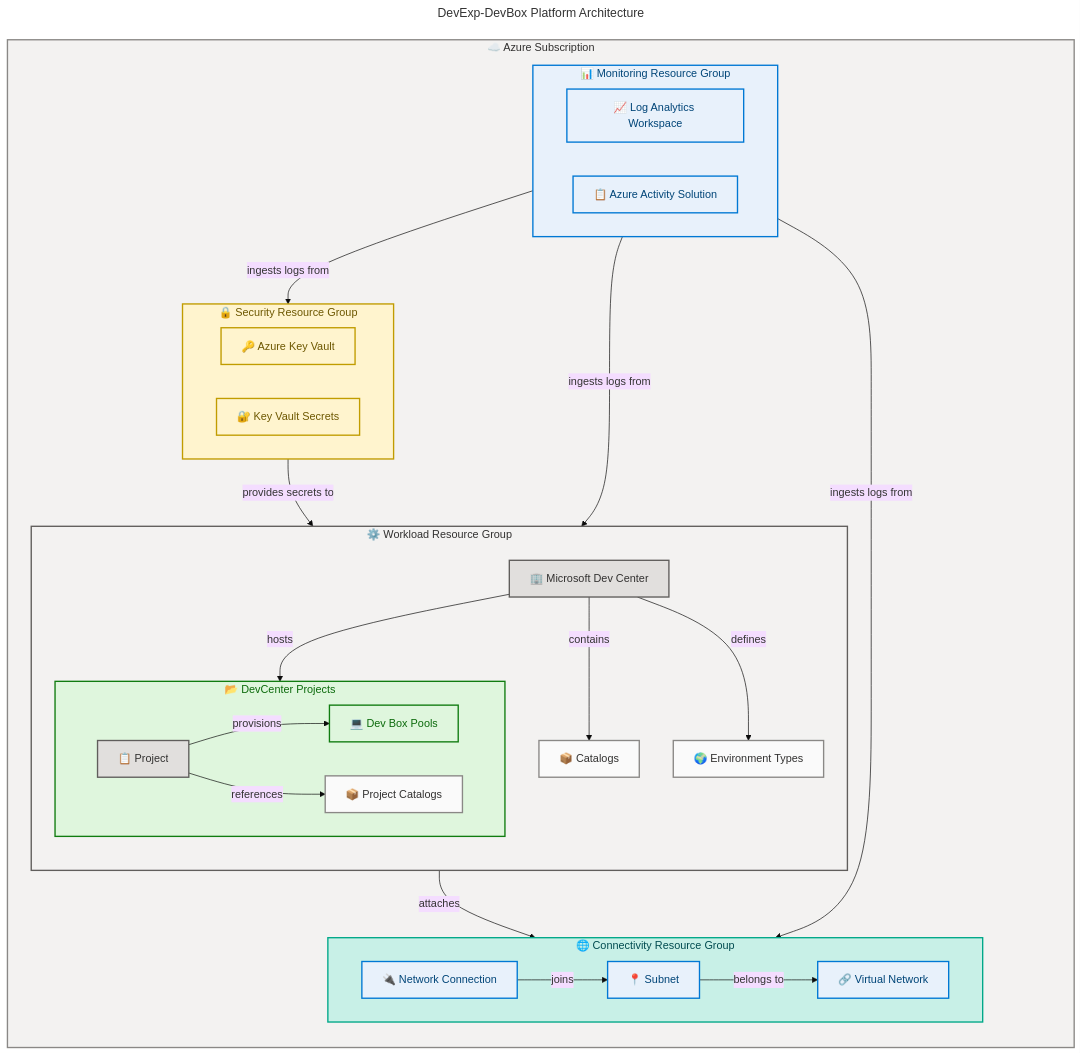
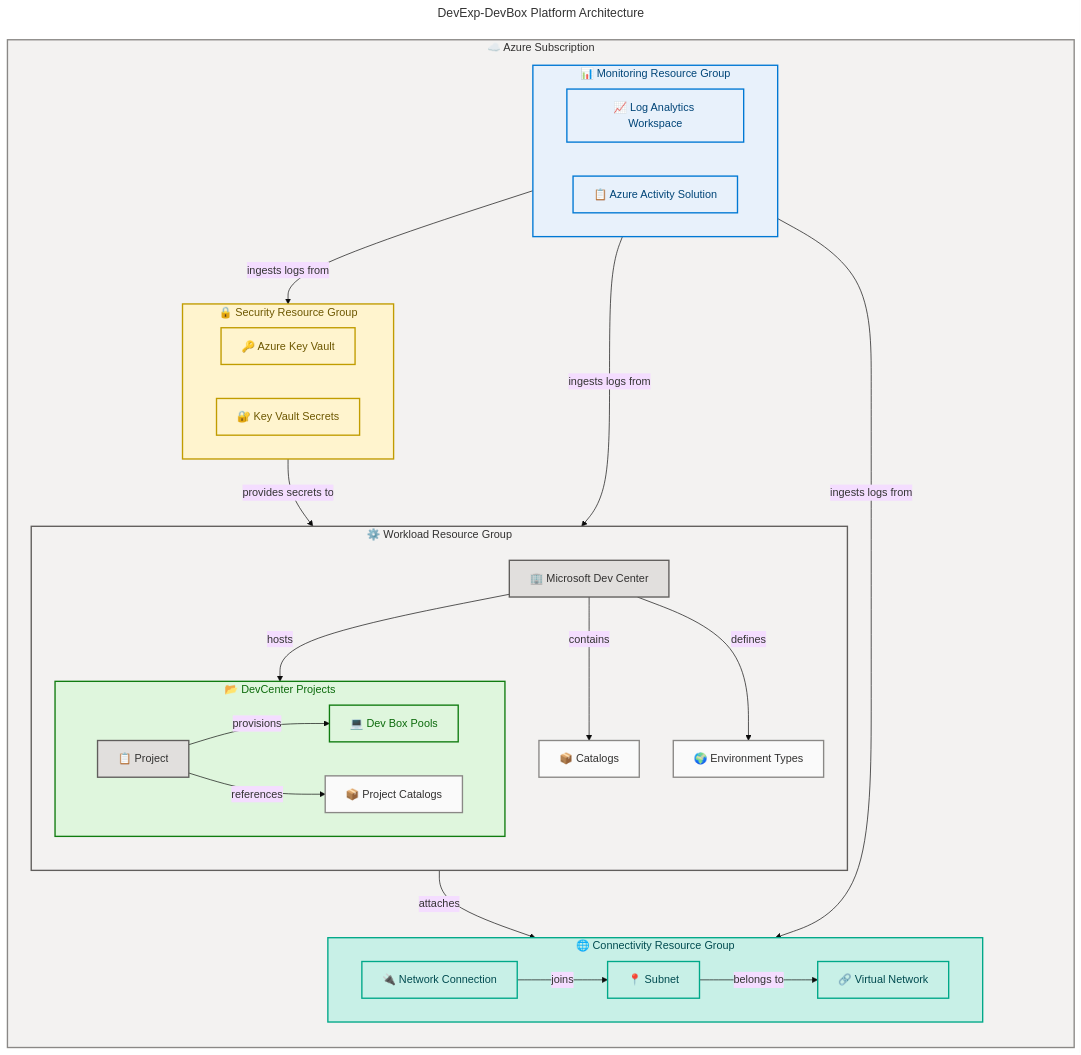
Before and after one commit to Evilazaro/DevExp-DevBox: the first of 2 diagrams in README.md, drawn with Mermaid. The commit also changed other lines of this file, not shown here.

Commit message:
docs: enhance flowchart in README.md with color documentation and improved phase labels

````diff
--- a/README.md
+++ b/README.md
@@ -97,6 +97,14 @@
     %% PHASE 4 - ACCESSIBILITY: accTitle/accDescr present, icons on all nodes
     %% PHASE 5 - STANDARD: Governance block present, classDefs centralized
     %% ═══════════════════════════════════════════════════════════════════════════
+
+    %% COLOR DOCUMENTATION
+    %% core (#E1DFDD) — API/Service layers, DevCenter compute resources
+    %% success (#DFF6DD) — Deployment pools, provisioned resources
+    %% warning (#FFF4CE) — Security-sensitive resources (Key Vault, secrets)
+    %% data (#E8F1FB) — Monitoring and analytics (Log Analytics)
+    %% network (#C8F0E7) — Networking infrastructure (VNet, subnet, connections)
+    %% neutral (#FAFAFA) — Non-semantic supporting elements (catalogs, env types)
 
     subgraph subscription["☁️ Azure Subscription"]
         direction TB
@@ -129,9 +137,9 @@
 
         subgraph connectivity["🌐 Connectivity Resource Group"]
             direction LR
-            vnet["🔗 Virtual Network"]:::data
-            subnet["📍 Subnet"]:::data
-            networkConn["🔌 Network Connection"]:::data
+            vnet["🔗 Virtual Network"]:::network
+            subnet["📍 Subnet"]:::network
+            networkConn["🔌 Network Connection"]:::network
         end
     end
 
@@ -159,5 +167,6 @@
     classDef success fill:#DFF6DD,stroke:#107C10,stroke-width:2px,color:#0B6A0B
     classDef warning fill:#FFF4CE,stroke:#C19C00,stroke-width:2px,color:#6D5700
     classDef data fill:#E8F1FB,stroke:#0078D4,stroke-width:2px,color:#004578
+    classDef network fill:#C8F0E7,stroke:#00A889,stroke-width:2px,color:#004B50
     classDef neutral fill:#FAFAFA,stroke:#8A8886,stroke-width:2px,color:#323130
 ```
````
